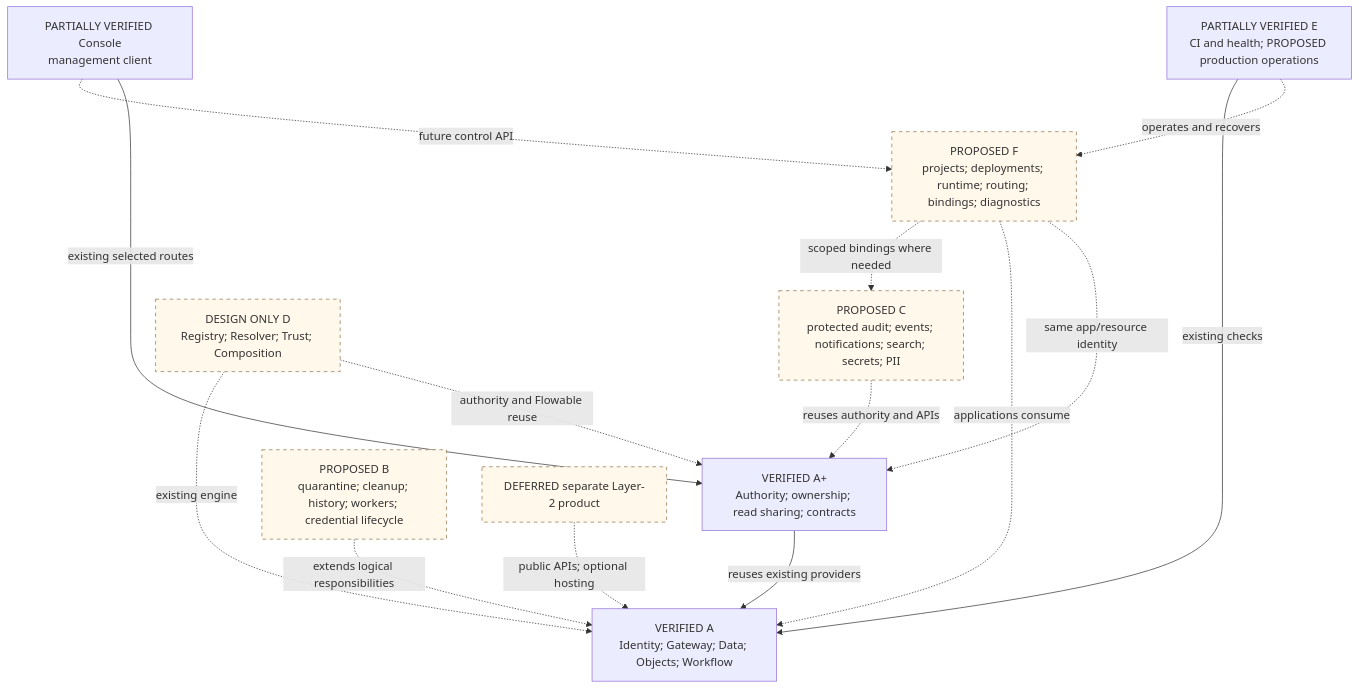
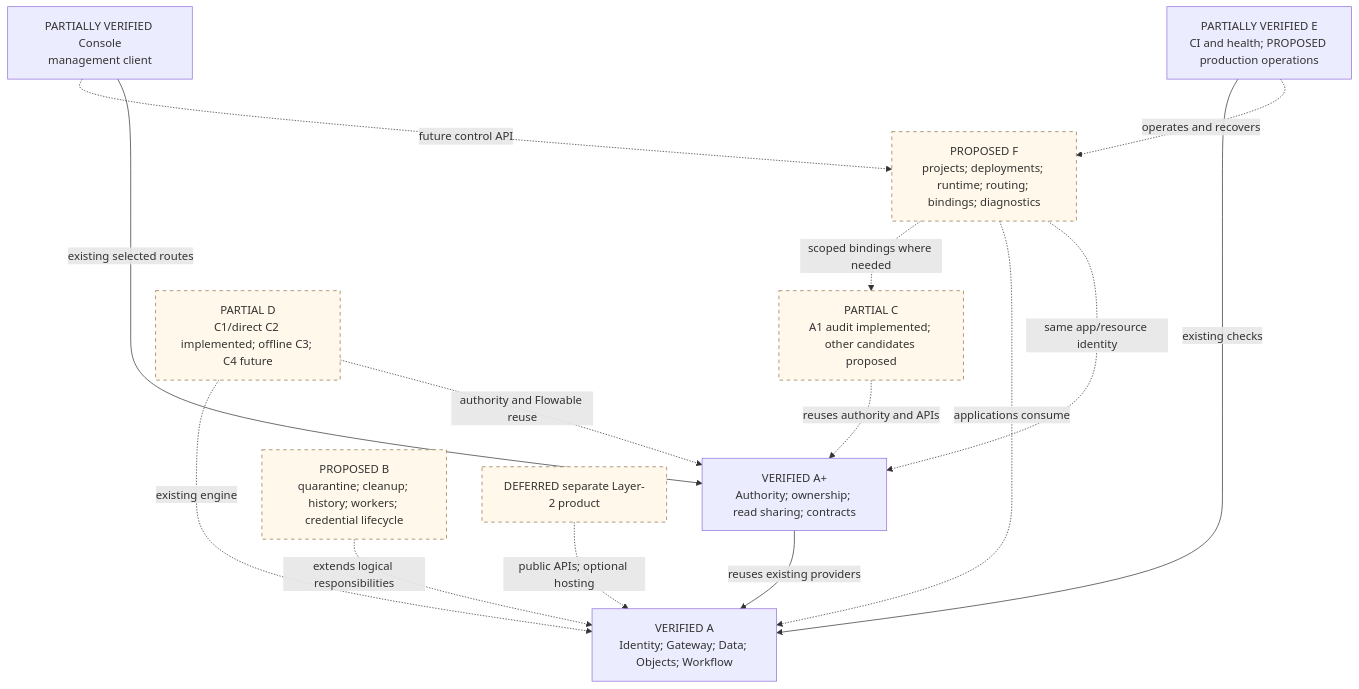
The third of 8 diagrams in docs/architecture/ARCHITECTURE_MAPS.md (NHMNDaizoken/Rosetta), drawn with Mermaid before and after one commit. The commit also changed other lines of this file and 25 other files, not shown here.

````diff
--- a/docs/architecture/ARCHITECTURE_MAPS.md
+++ b/docs/architecture/ARCHITECTURE_MAPS.md
@@ -97,27 +104,27 @@
 ```mermaid
 flowchart TB
   A["VERIFIED A<br/>Identity; Gateway; Data; Objects; Workflow"]
   AP["VERIFIED A+<br/>Authority; ownership; read sharing; contracts"]
   B["PROPOSED B<br/>quarantine; cleanup; history; workers; credential lifecycle"]
-  C["PROPOSED C<br/>protected audit; events; notifications; search; secrets; PII"]
-  D["DESIGN ONLY D<br/>Registry; Resolver; Trust; Composition"]
+  C["PARTIAL C<br/>A1 audit implemented; other candidates proposed"]
+  D["PARTIAL D<br/>C1/direct C2 implemented; offline C3; C4 future"]
   E["PARTIALLY VERIFIED E<br/>CI and health; PROPOSED production operations"]
   F["PROPOSED F<br/>projects; deployments; runtime; routing; bindings; diagnostics"]
   UI["PARTIALLY VERIFIED Console<br/>management client"]
   L2["DEFERRED separate Layer-2 product"]
   AP -->|reuses existing providers| A
   B -.->|extends logical responsibilities| A
   C -.->|reuses authority and APIs| AP
   D -.->|authority and Flowable reuse| AP
   D -.->|existing engine| A
   F -.->|same app/resource identity| AP
   F -.->|applications consume| A
   F -.->|scoped bindings where needed| C
   E -.->|operates and recovers| F
   E -->|existing checks| A
   UI -->|existing selected routes| AP
   UI -.->|future control API| F
   L2 -.->|public APIs; optional hosting| A
   classDef future fill:#fff8eb,stroke:#92734b,stroke-dasharray:5 5
   class B,C,D,F,L2 future
 ```
````
